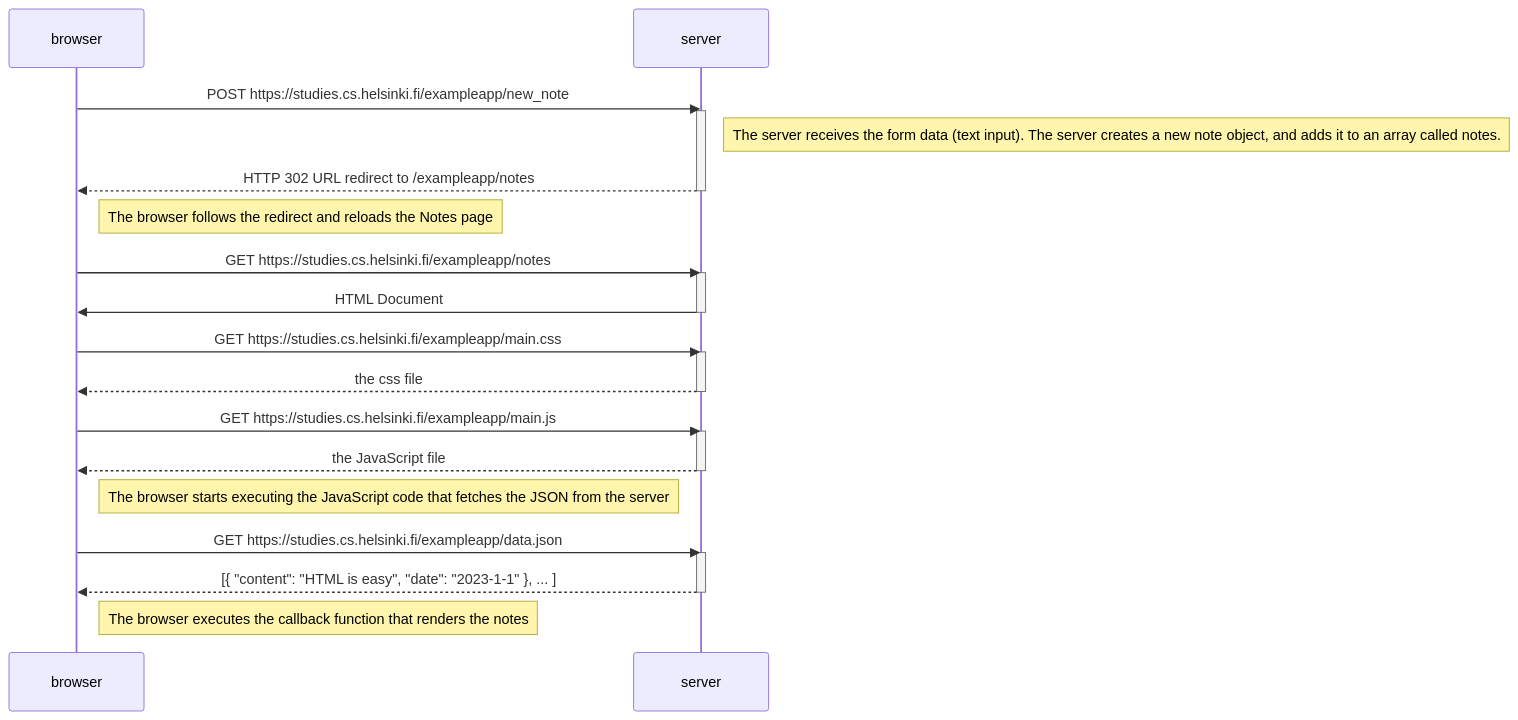
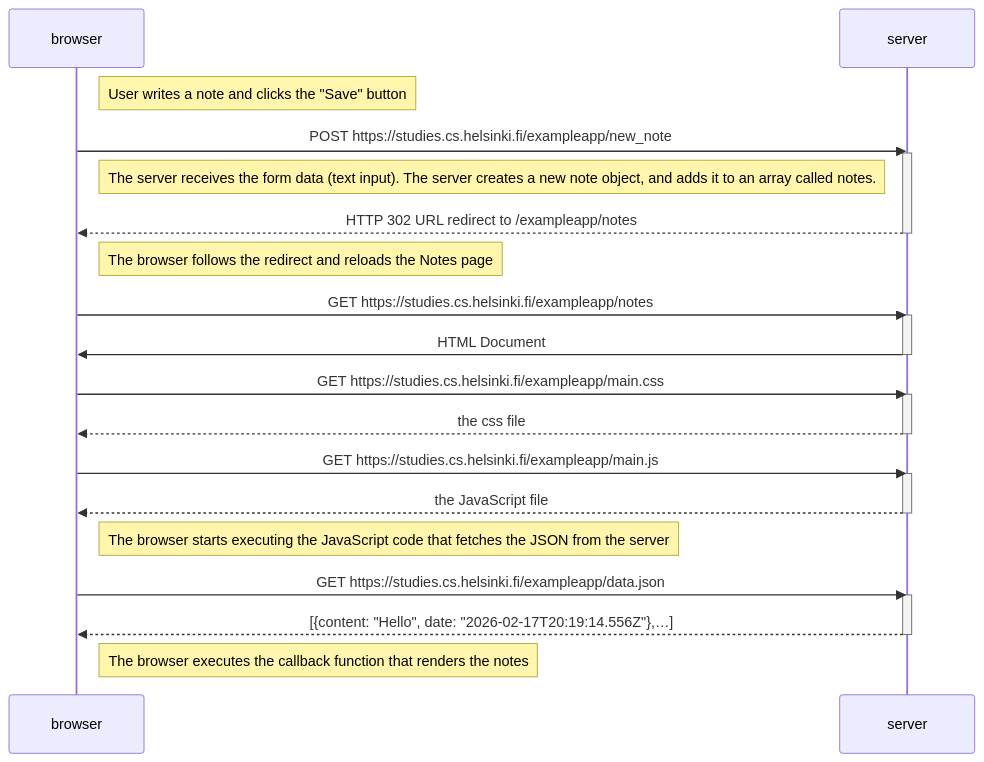
The first of 3 diagrams in Part0/Excersize0.md (Tanggong/FullStackOpen2026), drawn with Mermaid before and after one commit. The commit also changed other lines of this file, not shown here.

````diff
--- a/Part0/Excersize0.md
+++ b/Part0/Excersize0.md
@@ -7,37 +7,39 @@
 ```mermaid
 sequenceDiagram
     participant browser
     participant server
-    
+
+    Note right of browser: User writes a note and clicks the "Save" button
+
     browser->>server: POST https://studies.cs.helsinki.fi/exampleapp/new_note
     activate server
-    Note right of server: The server receives the form data (text input). The server creates a new note object, and adds it to an array called notes.
+    Note left of server: The server receives the form data (text input). The server creates a new note object, and adds it to an array called notes.
     server-->>browser: HTTP 302 URL redirect to /exampleapp/notes
     deactivate server
 
     Note right of browser: The browser follows the redirect and reloads the Notes page
 
     browser->>server: GET https://studies.cs.helsinki.fi/exampleapp/notes
     activate server
     server->>browser:HTML Document
     deactivate server
 
     browser->>server: GET https://studies.cs.helsinki.fi/exampleapp/main.css
     activate server
     server-->>browser: the css file
     deactivate server
 
     browser->>server: GET https://studies.cs.helsinki.fi/exampleapp/main.js
     activate server
     server-->>browser: the JavaScript file
     deactivate server
 
     Note right of browser: The browser starts executing the JavaScript code that fetches the JSON from the server
 
     browser->>server: GET https://studies.cs.helsinki.fi/exampleapp/data.json
     activate server
-    server-->>browser: [{ "content": "HTML is easy", "date": "2023-1-1" }, ... ]
+    server-->>browser: [{content: "Hello", date: "2026-02-17T20:19:14.556Z"},…]
     deactivate server
 
     Note right of browser: The browser executes the callback function that renders the notes
 ```
````
